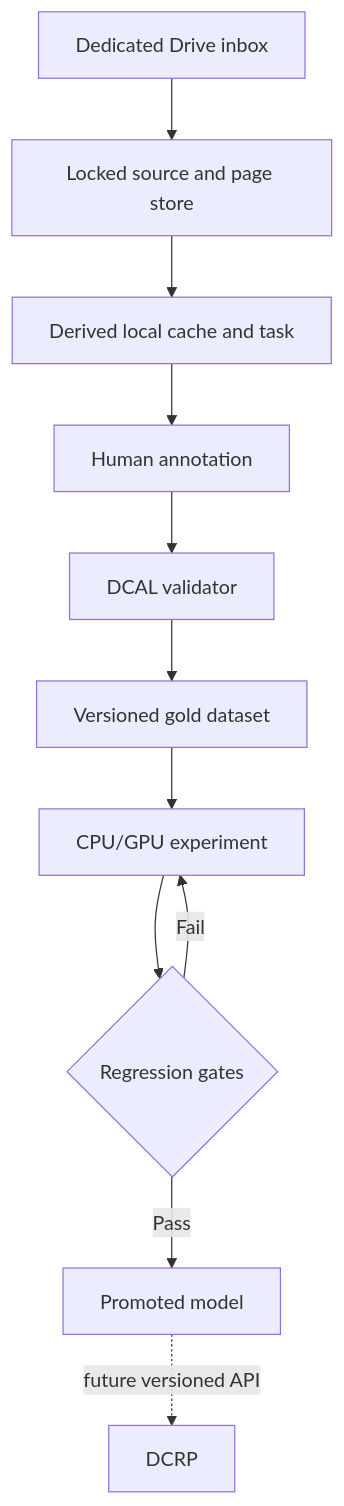
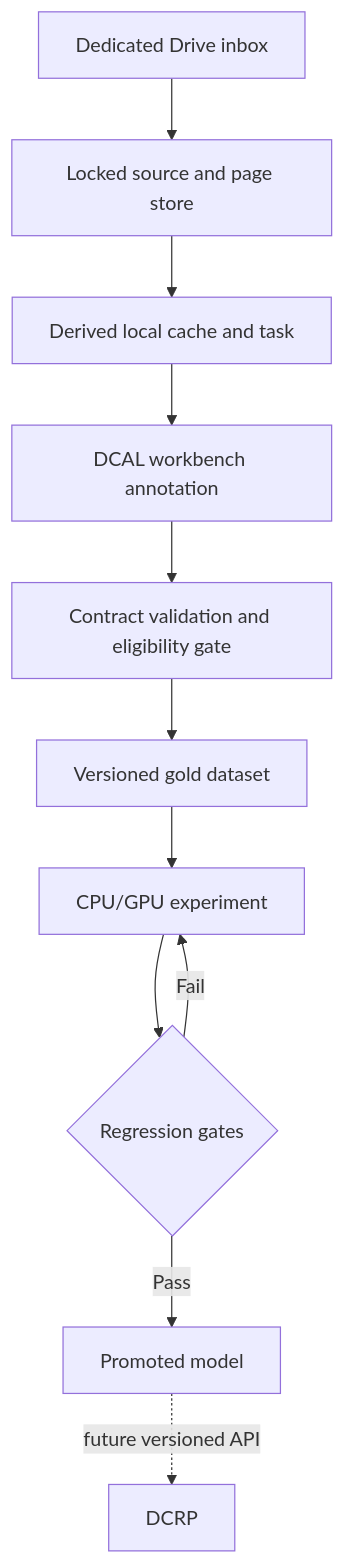
One commit to DrDewan/DCAL changed the second of 2 diagrams in docs/ARCHITECTURE.md. Above: the diagram before and after it, drawn with Mermaid. The commit also changed other lines of this file and 36 other files, not shown here.

Commit message:
Build first-party annotation workbench

````diff
--- a/docs/ARCHITECTURE.md
+++ b/docs/ARCHITECTURE.md
@@ -40,13 +40,13 @@
 ```mermaid
 flowchart TD
     A["Dedicated Drive inbox"] --> B["Locked source and page store"]
     B --> C["Derived local cache and task"]
-    C --> D["Human annotation"]
-    D --> E["DCAL validator"]
+    C --> D["DCAL workbench annotation"]
+    D --> E["Contract validation and eligibility gate"]
     E --> F["Versioned gold dataset"]
     F --> G["CPU/GPU experiment"]
     G --> H{"Regression gates"}
     H -->|Fail| G
     H -->|Pass| I["Promoted model"]
     I -. "future versioned API" .-> J["DCRP"]
 ```
````
